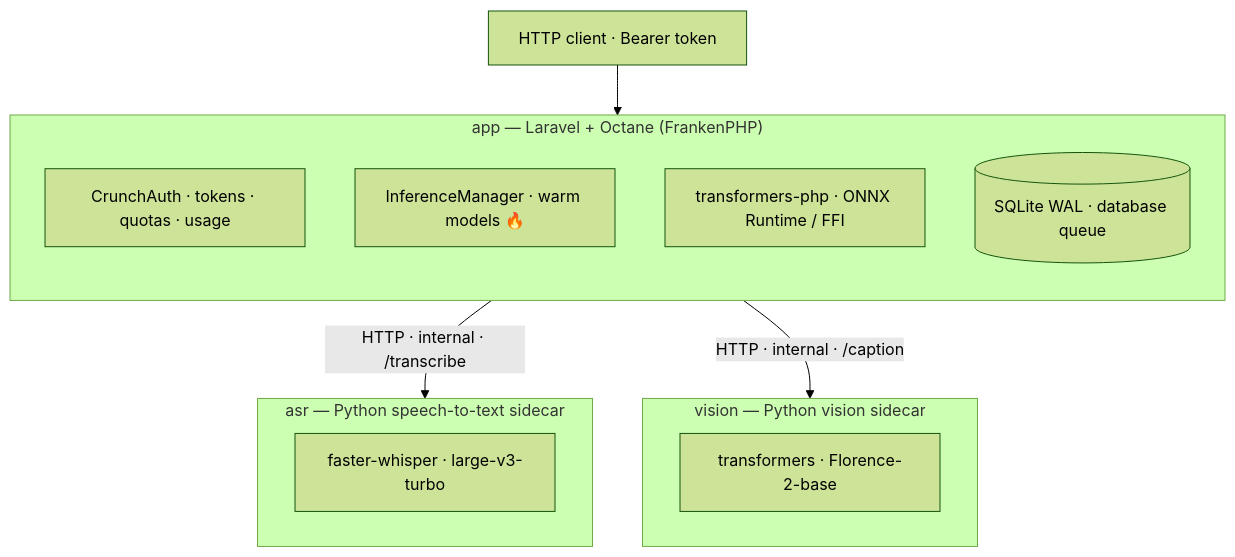
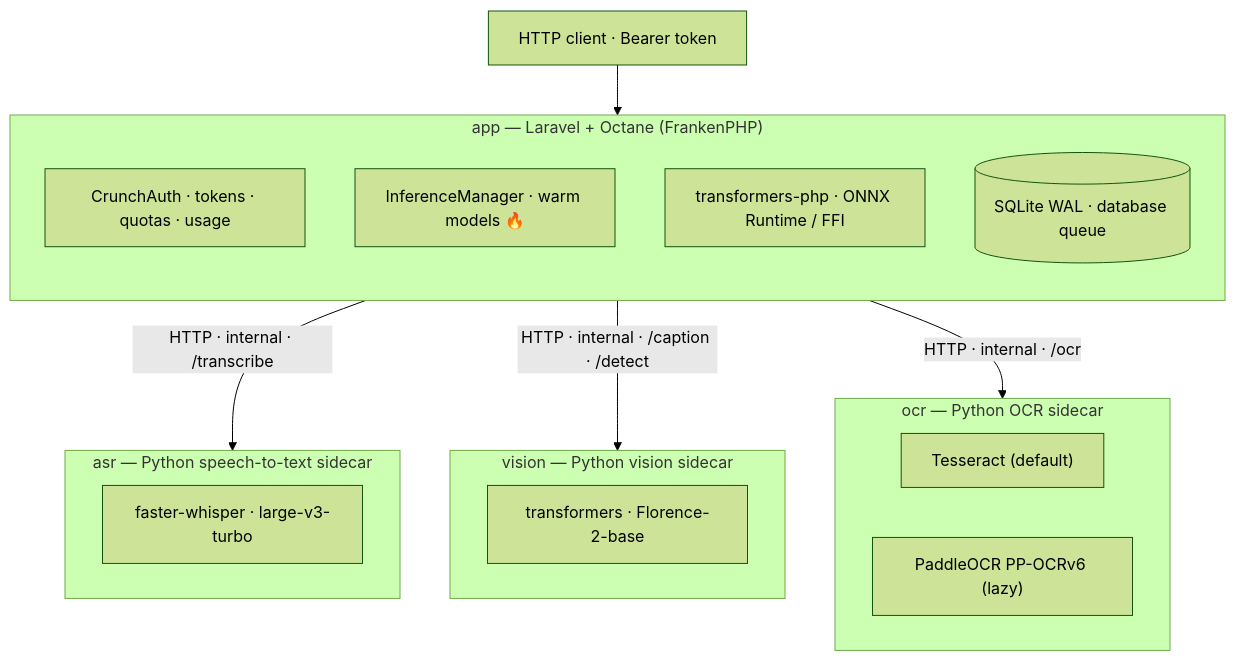
The diagram in README.md (StuMason/crunch), drawn with Mermaid (forest theme) before and after one commit. The commit also changed other lines of this file and 13 other files, not shown here.

````diff
--- a/README.md
+++ b/README.md
@@ -102,19 +102,24 @@
 ```mermaid
 flowchart TD
     client["HTTP client · Bearer token"] --> app
     subgraph app["app — Laravel + Octane (FrankenPHP)"]
         direction TB
         auth["CrunchAuth · tokens · quotas · usage"]
         mgr["InferenceManager · warm models 🔥"]
         onnx["transformers-php · ONNX Runtime / FFI"]
         store[("SQLite WAL · database queue")]
     end
     app -- "HTTP · internal · /transcribe" --> asr
-    app -- "HTTP · internal · /caption" --> vision
+    app -- "HTTP · internal · /caption · /detect" --> vision
+    app -- "HTTP · internal · /ocr" --> ocr
     subgraph asr["asr — Python speech-to-text sidecar"]
         fw["faster-whisper · large-v3-turbo"]
     end
     subgraph vision["vision — Python vision sidecar"]
         fl["transformers · Florence-2-base"]
     end
+    subgraph ocr["ocr — Python OCR sidecar"]
+        te["Tesseract (default)"]
+        pa["PaddleOCR PP-OCRv6 (lazy)"]
+    end
 ```
````
